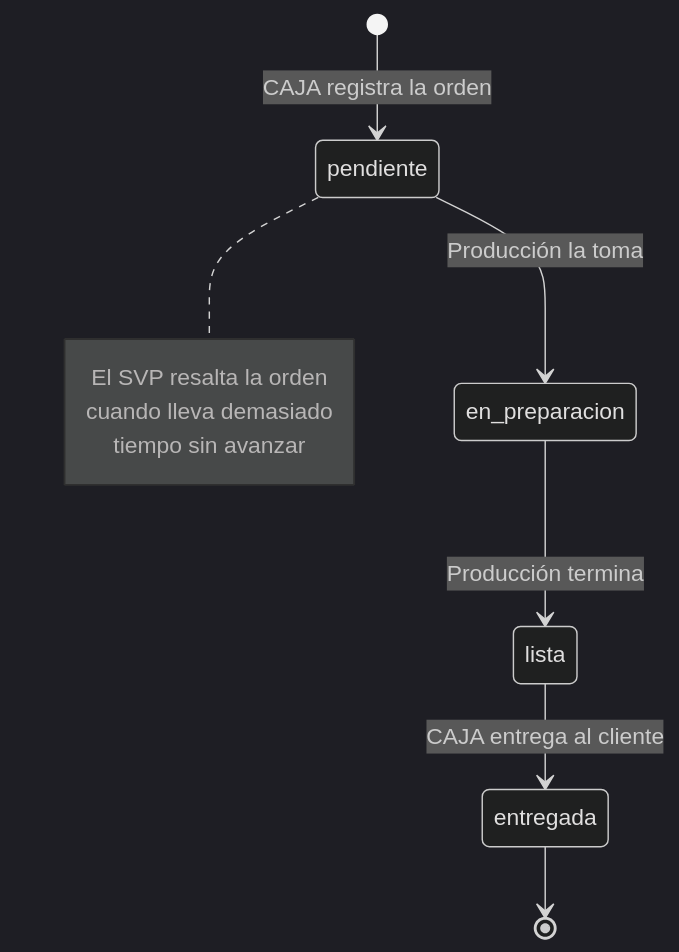
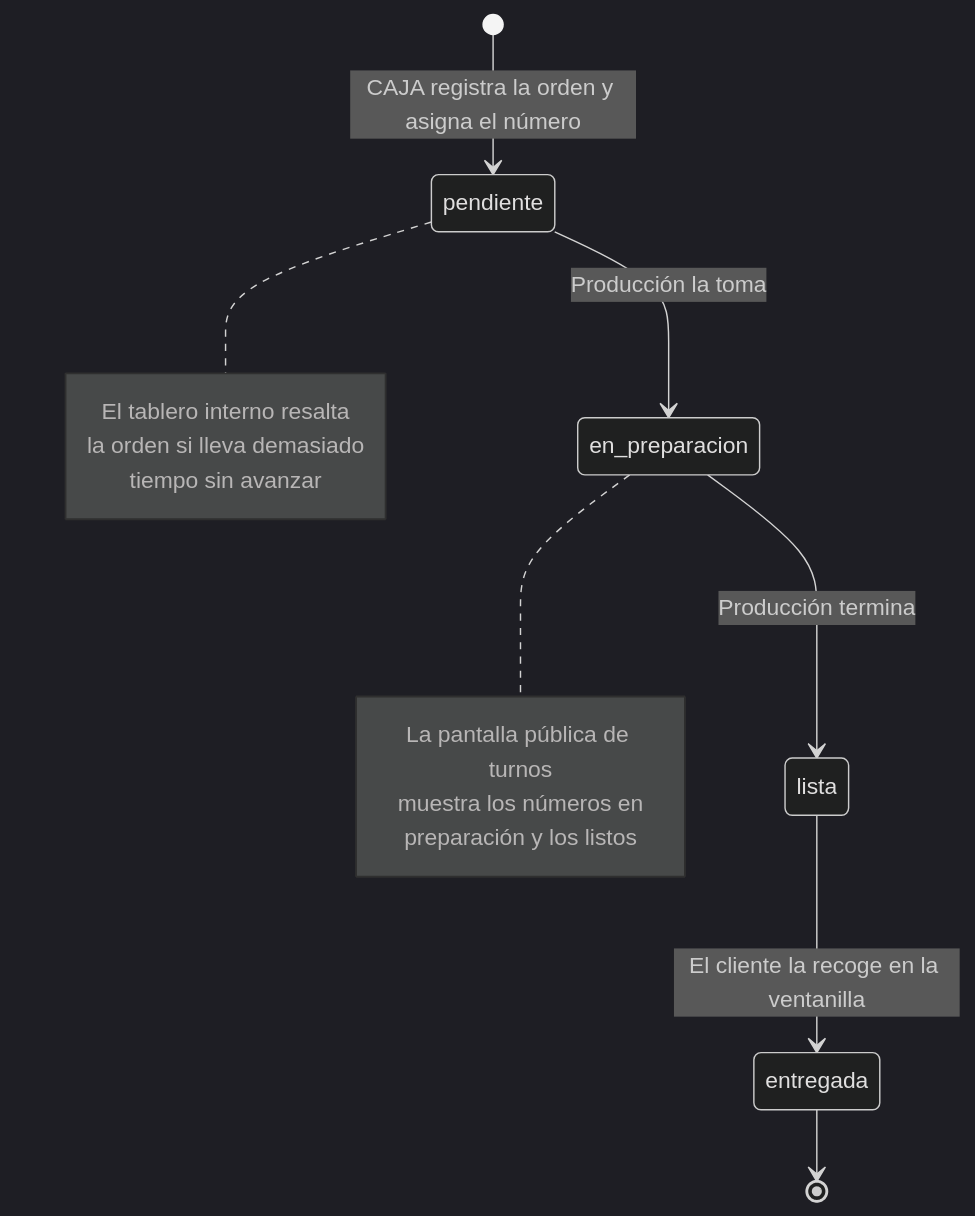
Before and after one commit to Lain-Ramirez/Menu08: the third of 7 diagrams in README.md, drawn with Mermaid (dark theme). The commit also changed other lines of this file and 3 other files, not shown here.

````diff
--- a/README.md
+++ b/README.md
@@ -87,14 +93,20 @@
 ```mermaid
 stateDiagram-v2
-    [*] --> pendiente : CAJA registra la orden
+    [*] --> pendiente : CAJA registra la orden y asigna el número
     pendiente --> en_preparacion : Producción la toma
     en_preparacion --> lista : Producción termina
-    lista --> entregada : CAJA entrega al cliente
+    lista --> entregada : El cliente la recoge en la ventanilla
     entregada --> [*]
 
+    note right of en_preparacion
+        La pantalla pública de turnos
+        muestra los números en
+        preparación y los listos
+    end note
+
     note right of pendiente
-        El SVP resalta la orden
-        cuando lleva demasiado
+        El tablero interno resalta
+        la orden si lleva demasiado
         tiempo sin avanzar
     end note
 ```
````
